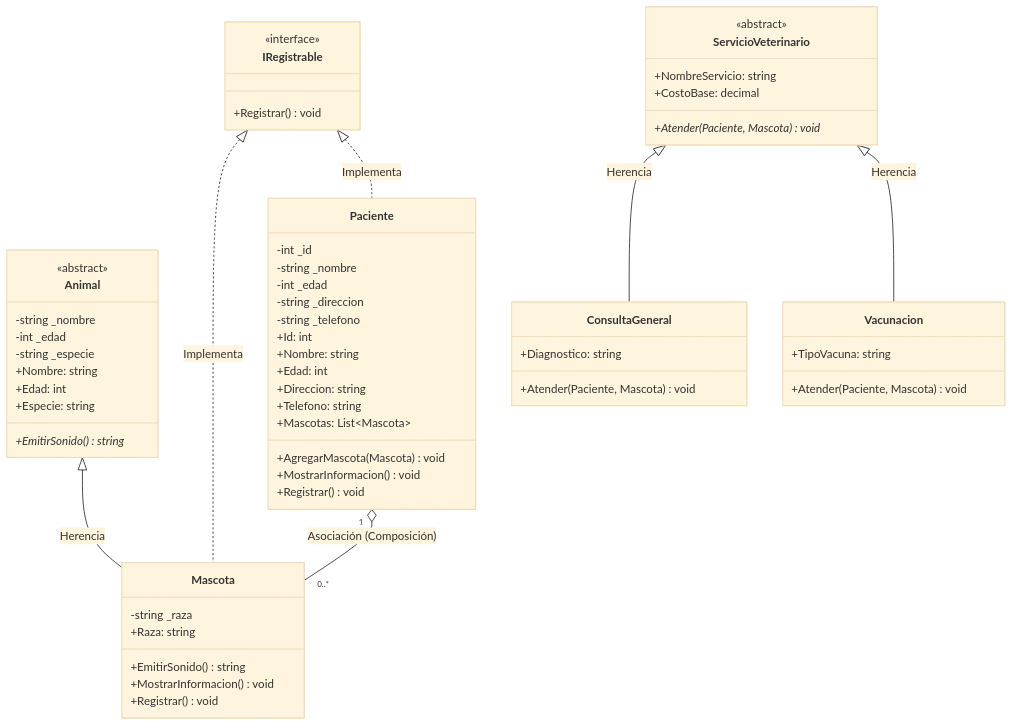
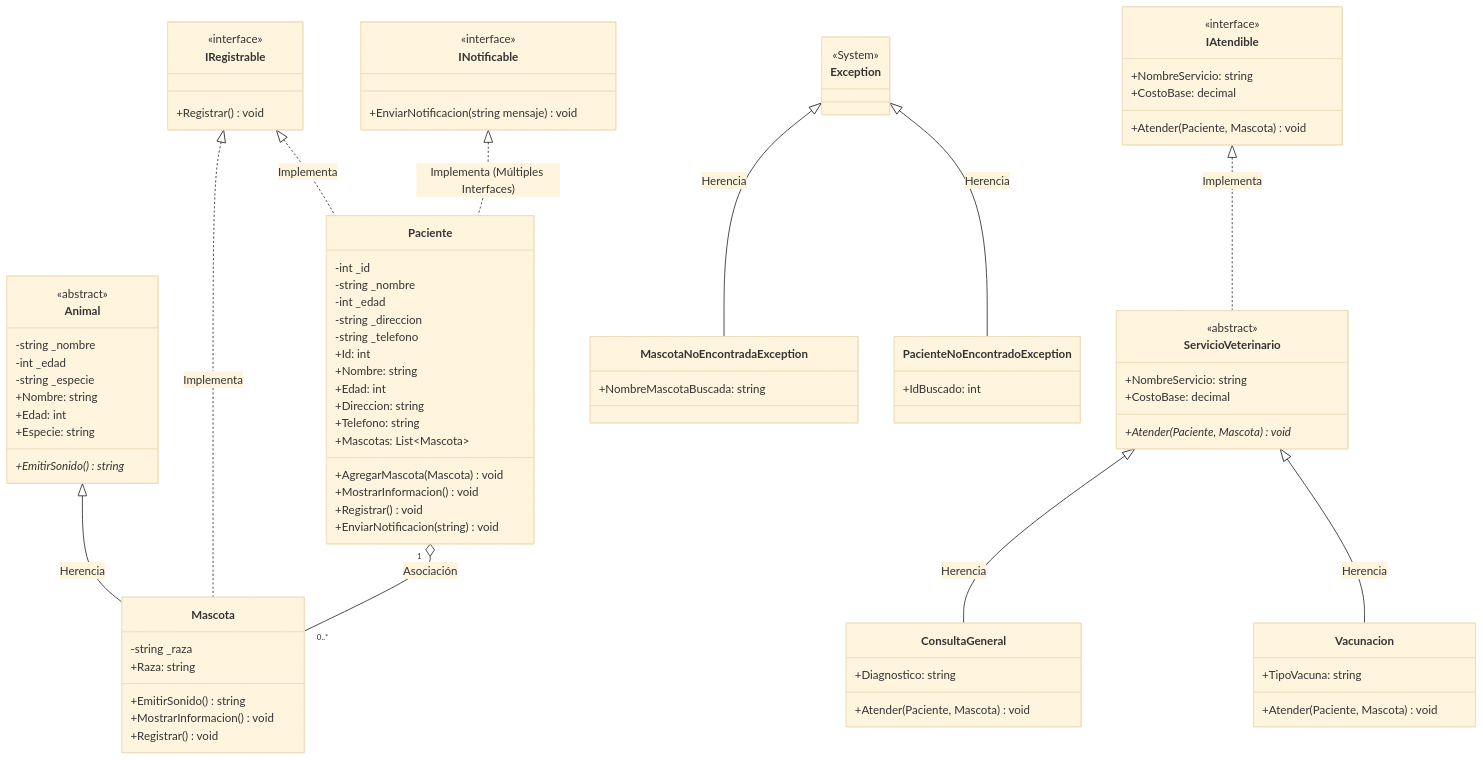
One commit to Esthercita-Factory/Pachecoedgardo2006-ClinicaMascotas changed the diagram in README.md. Above: the diagram before and after it, drawn with Mermaid (base theme). The commit also changed other lines of this file and 10 other files, not shown here.

````diff
--- a/README.md
+++ b/README.md
@@ -9,6 +9,18 @@
     class IRegistrable {
         <<interface>>
         +Registrar() void
+    }
+
+    class INotificable {
+        <<interface>>
+        +EnviarNotificacion(string mensaje) void
+    }
+
+    class IAtendible {
+        <<interface>>
+        +NombreServicio: string
+        +CostoBase: decimal
+        +Atender(Paciente, Mascota) void
     }
 
     class Animal {
@@ -45,6 +57,7 @@
         +AgregarMascota(Mascota) void
         +MostrarInformacion() void
         +Registrar() void
+        +EnviarNotificacion(string) void
     }
 
     class ServicioVeterinario {
@@ -64,10 +77,28 @@
         +Atender(Paciente, Mascota) void
     }
 
+    class Exception {
+        <<System>>
+    }
+
+    class MascotaNoEncontradaException {
+        +NombreMascotaBuscada: string
+    }
+
+    class PacienteNoEncontradoException {
+        +IdBuscado: int
+    }
+
+    %% Relaciones de herencia e interfaces
     Animal <|-- Mascota : Herencia
     IRegistrable <|.. Mascota : Implementa
     IRegistrable <|.. Paciente : Implementa
-    Paciente "1" o-- "0..*" Mascota : Asociación (Composición)
+    INotificable <|.. Paciente : Implementa (Múltiples Interfaces)
+    Paciente "1" o-- "0..*" Mascota : Asociación
+    IAtendible <|.. ServicioVeterinario : Implementa
     ServicioVeterinario <|-- ConsultaGeneral : Herencia
     ServicioVeterinario <|-- Vacunacion : Herencia
+
+    Exception <|-- MascotaNoEncontradaException : Herencia
+    Exception <|-- PacienteNoEncontradoException : Herencia
 ```
````
